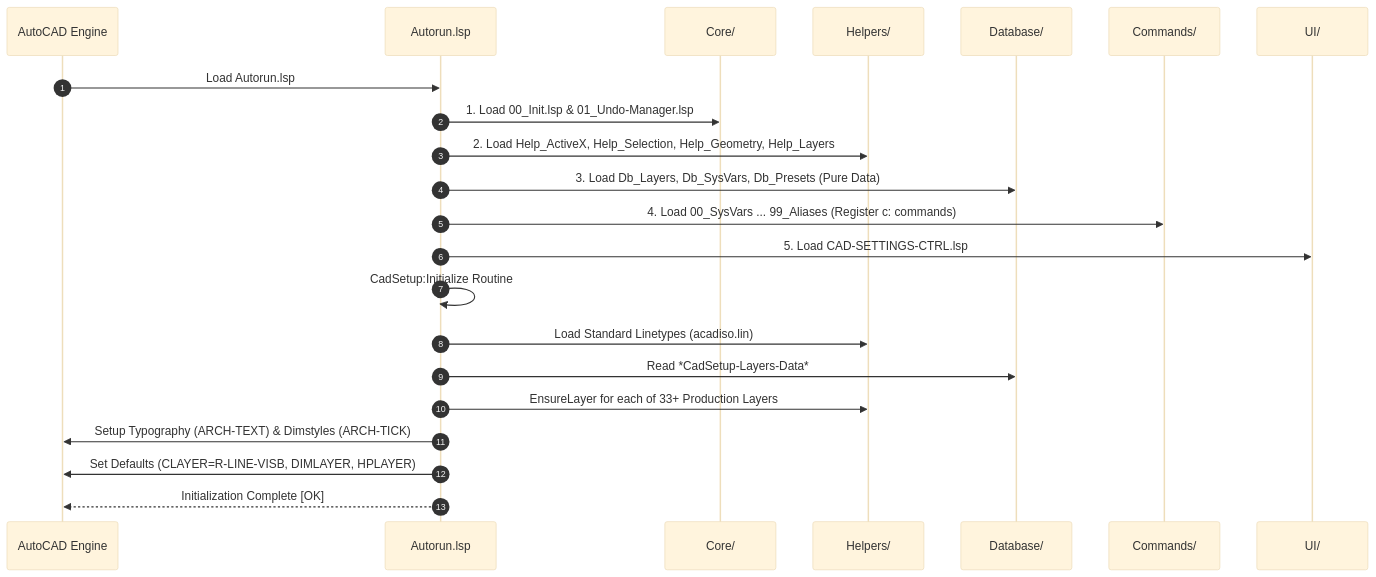
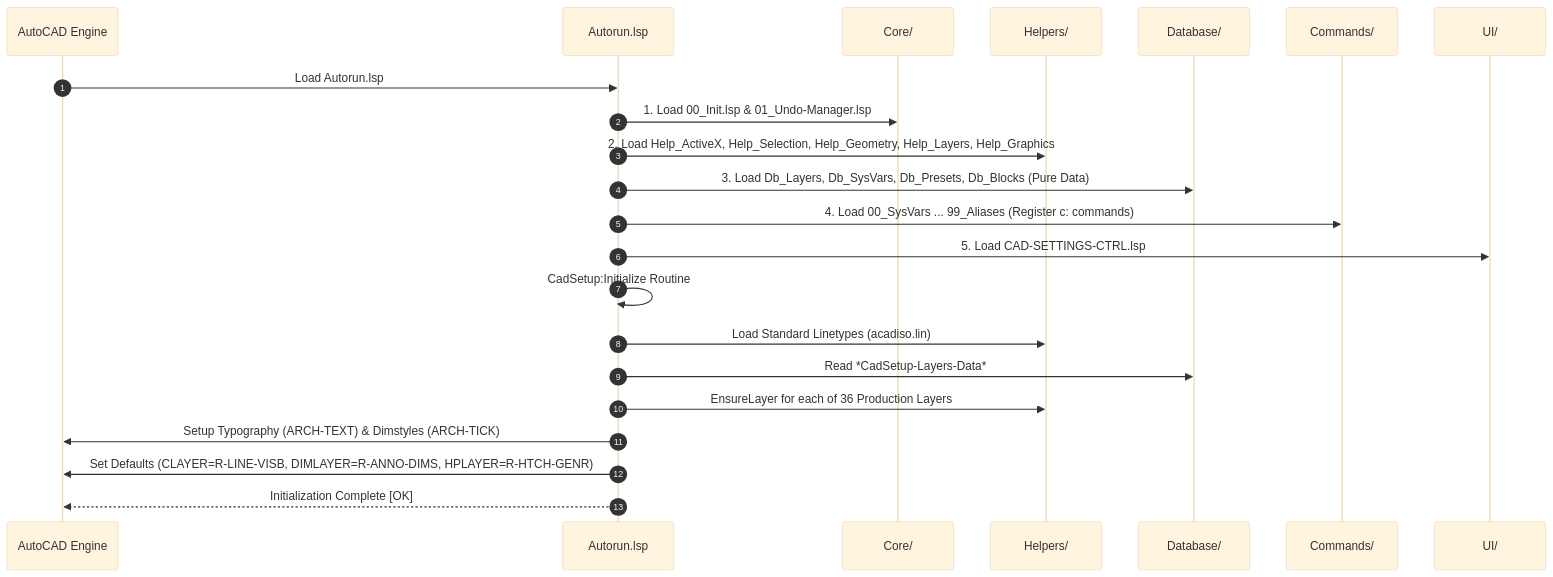
The second of 4 diagrams in ARCHITECTURE.md (Haseebpp/Cad-Setup-v4), drawn with Mermaid (base theme) before and after one commit. The commit also changed other lines of this file and 1 other file, not shown here.

Commit message:
documentation-update --- Now remaster my ARCHITECTURE.md & DEVELOPER-GUIDE.md in any changes needed, as per the updates in the codebase, study and understand my codebase to refactor my documentations [/grill-me](slashCommand;grill-me)

````diff
--- a/ARCHITECTURE.md
+++ b/ARCHITECTURE.md
@@ -45,25 +45,25 @@
 ```mermaid
 sequenceDiagram
     autonumber
     participant ACAD as AutoCAD Engine
     participant Auto as Autorun.lsp
     participant Core as Core/
     participant Help as Helpers/
     participant Db as Database/
     participant Cmd as Commands/
     participant UI as UI/
 
     ACAD->>Auto: Load Autorun.lsp
     Auto->>Core: 1. Load 00_Init.lsp & 01_Undo-Manager.lsp
-    Auto->>Help: 2. Load Help_ActiveX, Help_Selection, Help_Geometry, Help_Layers
-    Auto->>Db: 3. Load Db_Layers, Db_SysVars, Db_Presets (Pure Data)
+    Auto->>Help: 2. Load Help_ActiveX, Help_Selection, Help_Geometry, Help_Layers, Help_Graphics
+    Auto->>Db: 3. Load Db_Layers, Db_SysVars, Db_Presets, Db_Blocks (Pure Data)
     Auto->>Cmd: 4. Load 00_SysVars ... 99_Aliases (Register c: commands)
     Auto->>UI: 5. Load CAD-SETTINGS-CTRL.lsp
     Auto->>Auto: CadSetup:Initialize Routine
     Auto->>Help: Load Standard Linetypes (acadiso.lin)
     Auto->>Db: Read *CadSetup-Layers-Data*
-    Auto->>Help: EnsureLayer for each of 33+ Production Layers
+    Auto->>Help: EnsureLayer for each of 36 Production Layers
     Auto->>ACAD: Setup Typography (ARCH-TEXT) & Dimstyles (ARCH-TICK)
-    Auto->>ACAD: Set Defaults (CLAYER=R-LINE-VISB, DIMLAYER, HPLAYER)
+    Auto->>ACAD: Set Defaults (CLAYER=R-LINE-VISB, DIMLAYER=R-ANNO-DIMS, HPLAYER=R-HTCH-GENR)
     Auto-->>ACAD: Initialization Complete [OK]
 ```
````
